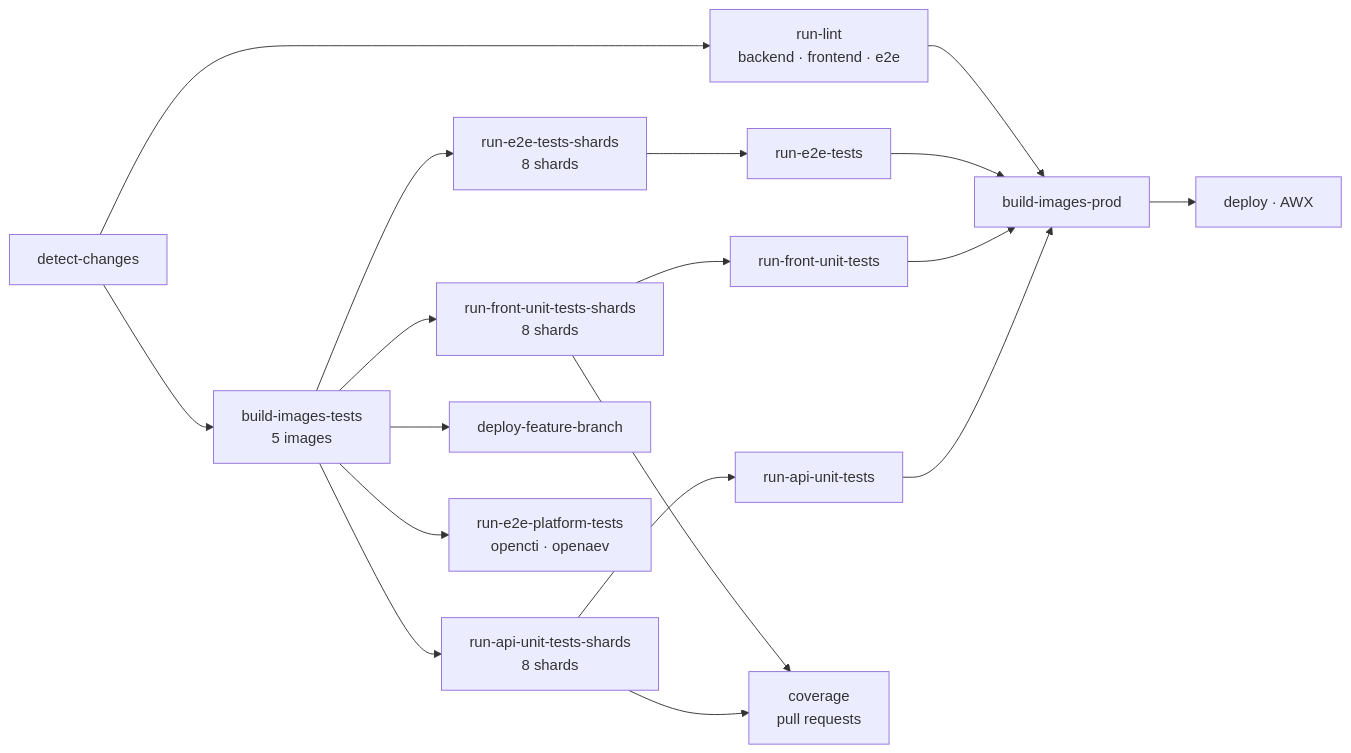
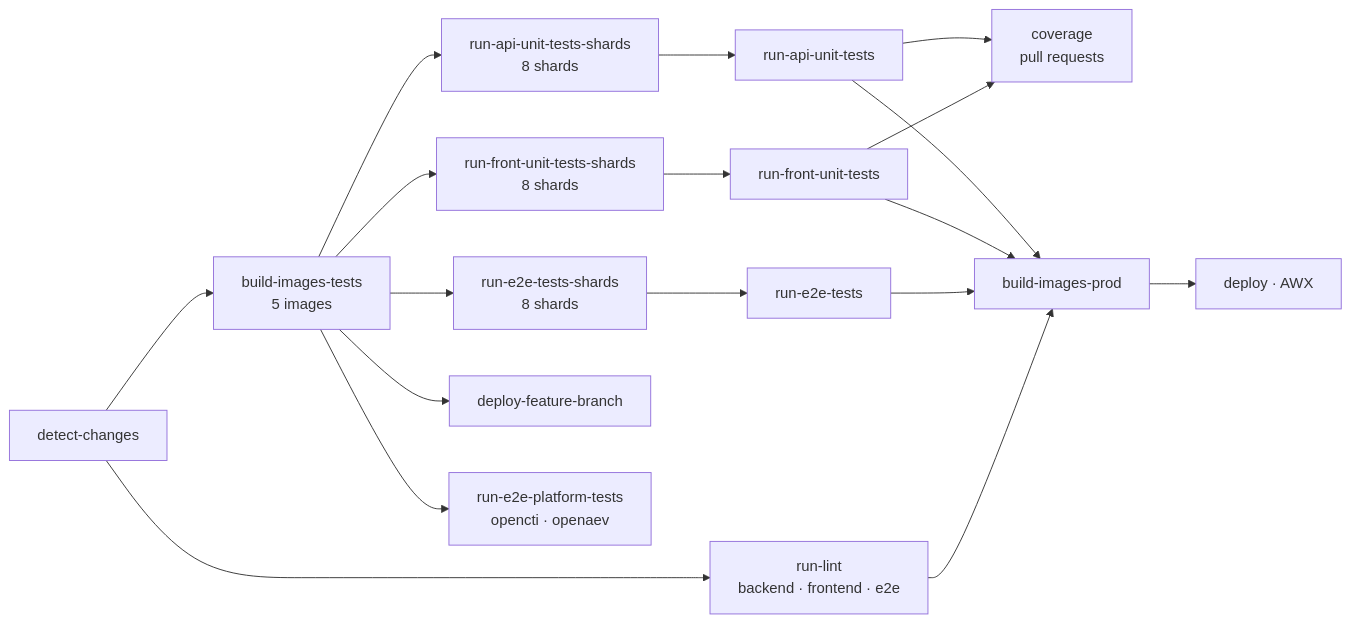
One commit to XTM-Hub/xtm-hub changed the diagram in .claude/rules/ci.md. Above: the diagram before and after it, drawn with Mermaid. The commit also changed other lines of this file and 2 other files, not shown here.

First line of the commit message:
ci(coverage): show each app's coverage at the top of its test report comment (#4153)

````diff
--- a/.claude/rules/ci.md
+++ b/.claude/rules/ci.md
@@ -21,20 +21,20 @@
 ```mermaid
 flowchart LR
   A[detect-changes] --> B[run-lint<br/>backend · frontend · e2e]
   A --> C[build-images-tests<br/>5 images]
   C --> D[run-e2e-tests-shards<br/>8 shards]
   C --> E[run-front-unit-tests-shards<br/>8 shards]
   C --> F[run-api-unit-tests-shards<br/>8 shards]
   C --> G[deploy-feature-branch]
   C --> P[run-e2e-platform-tests<br/>opencti · openaev]
   D --> H[run-e2e-tests]
   E --> I[run-front-unit-tests]
   F --> J[run-api-unit-tests]
-  E --> V[coverage<br/>pull requests]
-  F --> V
+  I --> V[coverage<br/>pull requests]
+  J --> V
   B --> K[build-images-prod]
   H --> K
   I --> K
   J --> K
   K --> L[deploy · AWX]
 ```
````
